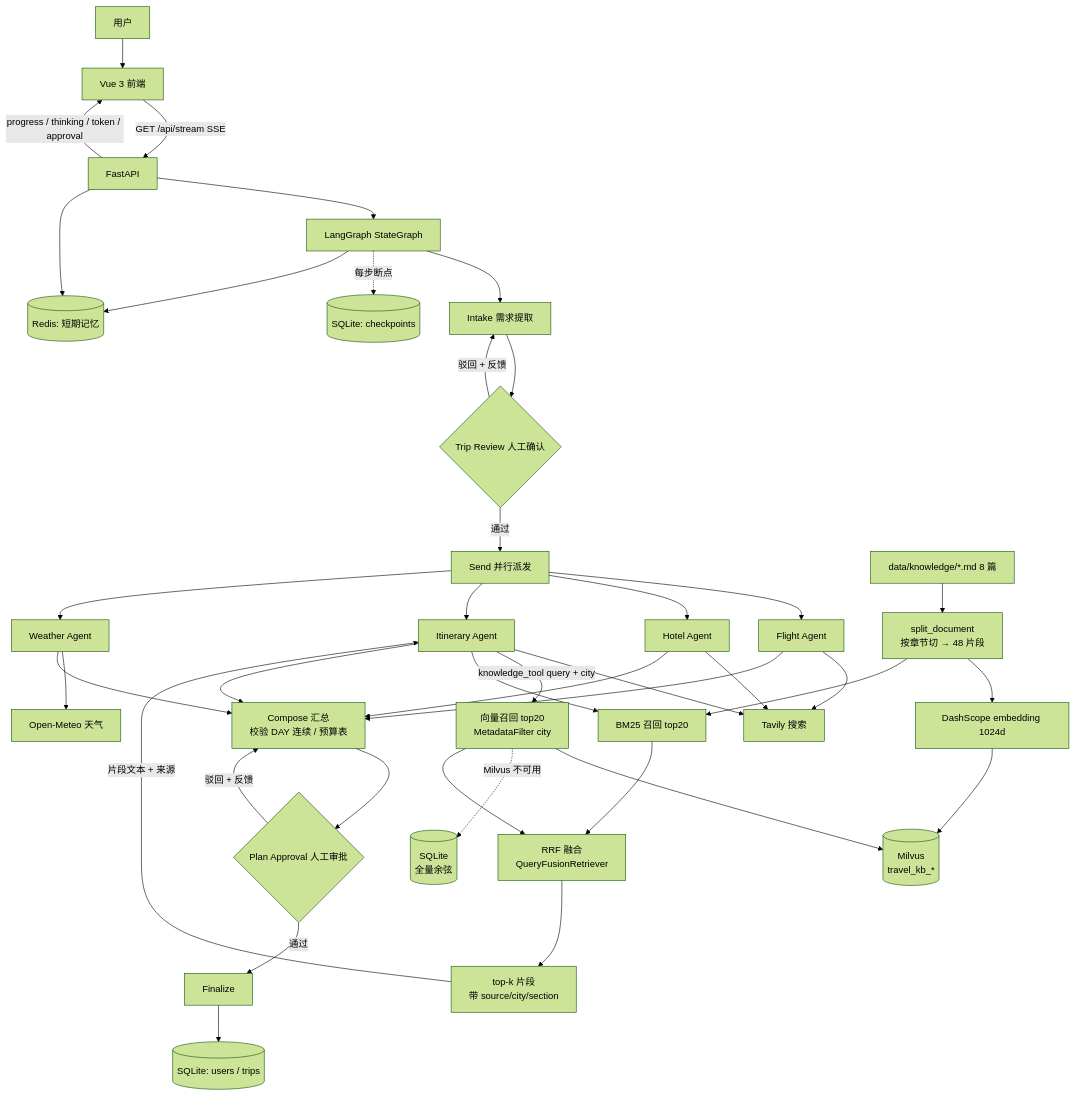
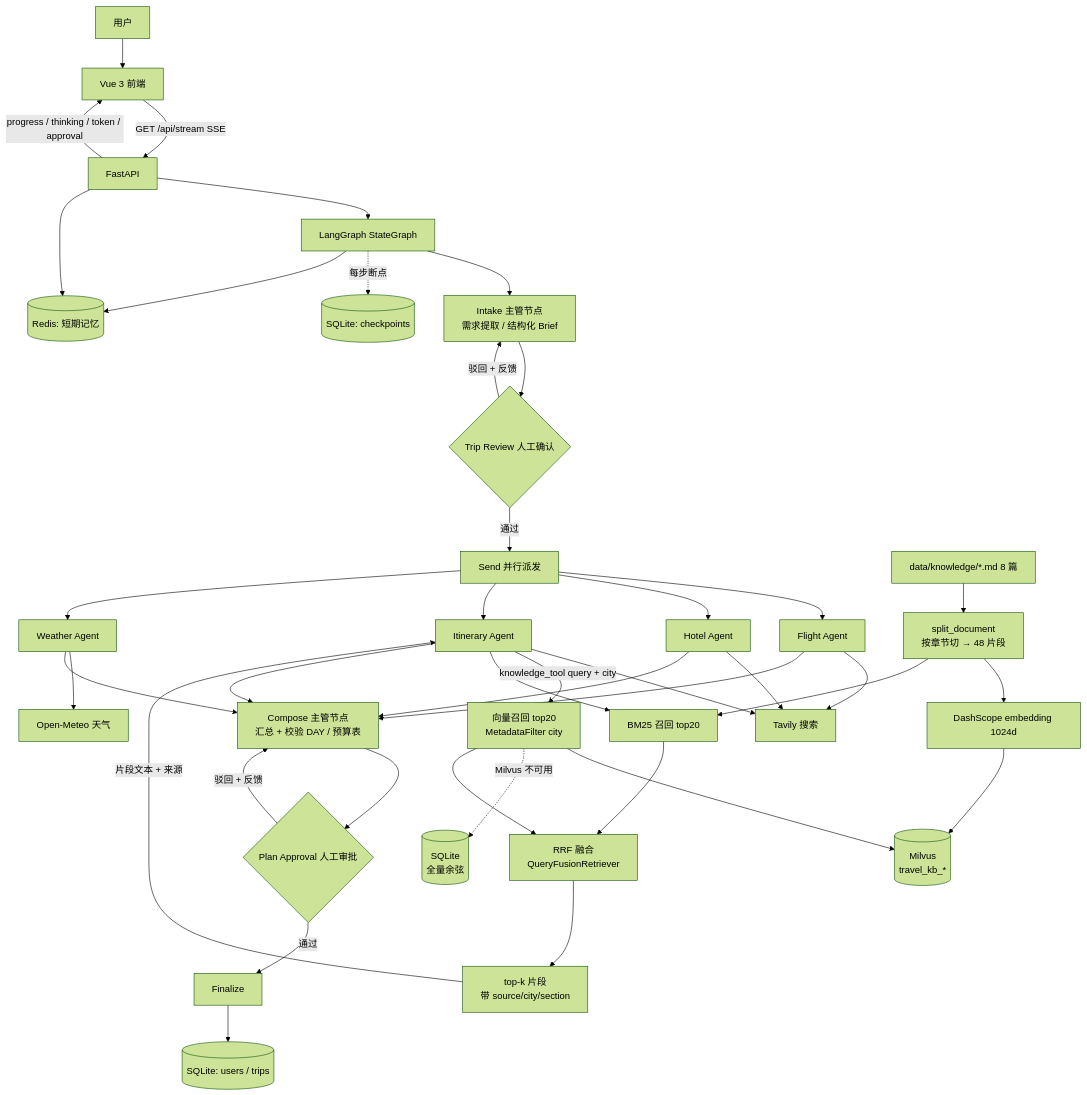
The diagram in README.md (TamakoAnko/AI-Travel-Agent), drawn with Mermaid (forest theme) before and after one commit. The commit also changed other lines of this file, not shown here.

Commit message:
docs: mark supervisor responsibilities in architecture diagram

````diff
--- a/README.md
+++ b/README.md
@@ -22,52 +22,52 @@
 ```mermaid
 flowchart TD
     U[用户] --> FE[Vue 3 前端]
     FE -->|GET /api/stream  SSE| API[FastAPI]
     API -->|progress / thinking / token / approval| FE
 
     API --> G[LangGraph StateGraph]
-    G --> IN[Intake 需求提取]
+    G --> IN[Intake 主管节点<br/>需求提取 / 结构化 Brief]
     IN --> RV{Trip Review 人工确认}
     RV -->|驳回 + 反馈| IN
     RV -->|通过| FAN[Send 并行派发]
 
     FAN --> FL[Flight Agent]
     FAN --> HO[Hotel Agent]
     FAN --> IT[Itinerary Agent]
     FAN --> WE[Weather Agent]
 
     FL --> T1[Tavily 搜索]
     HO --> T1
     IT --> T1
     WE --> T2[Open-Meteo 天气]
 
     %% ---- 在线检索链路 ----
     IT -->|knowledge_tool query + city| VR[向量召回 top20<br/>MetadataFilter city]
     IT --> BM[BM25 召回 top20]
     VR --> MV[(Milvus<br/>travel_kb_*)]
     VR -. Milvus 不可用 .-> SQ[(SQLite<br/>全量余弦)]
     VR --> RRF[RRF 融合<br/>QueryFusionRetriever]
     BM --> RRF
     RRF --> TOP[top-k 片段<br/>带 source/city/section]
     TOP -->|片段文本 + 来源| IT
 
     %% ---- 离线建库 ----
     DOC[data/knowledge/*.md 8 篇] --> SP[split_document<br/>按章节切 → 48 片段]
     SP --> EMB[DashScope embedding 1024d]
     EMB --> MV
     SP --> BM
 
-    FL --> CP[Compose 汇总<br/>校验 DAY 连续 / 预算表]
+    FL --> CP[Compose 主管节点<br/>汇总 + 校验 DAY / 预算表]
     HO --> CP
     IT --> CP
     WE --> CP
 
     CP --> AP{Plan Approval 人工审批}
     AP -->|驳回 + 反馈| CP
     AP -->|通过| FIN[Finalize]
     FIN --> DB[(SQLite: users / trips)]
 
     G -.每步断点.-> CK[(SQLite: checkpoints)]
     G --> RD[(Redis: 短期记忆)]
     API --> RD
 ```
````
